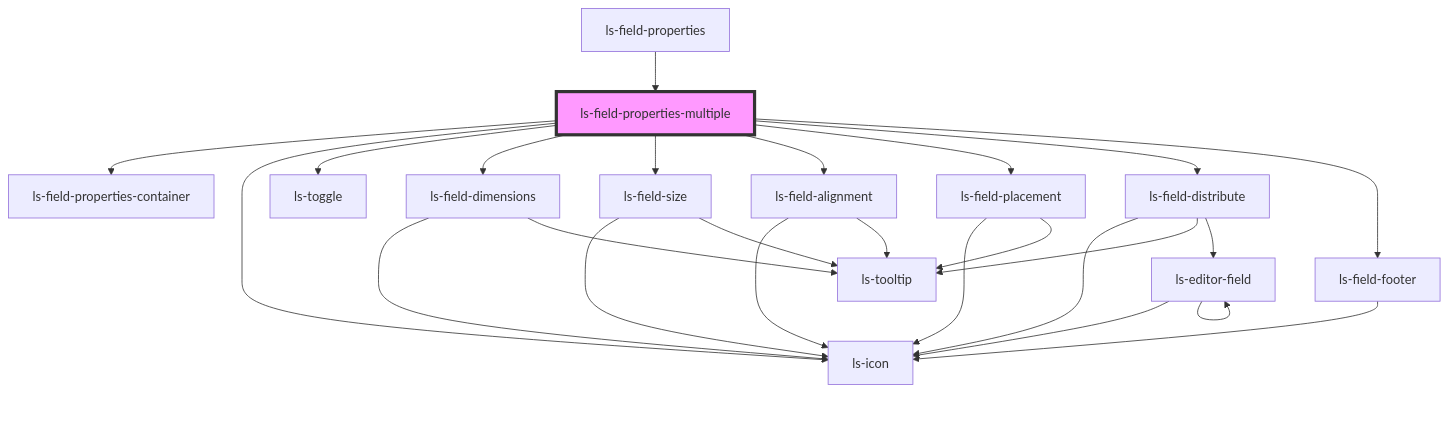
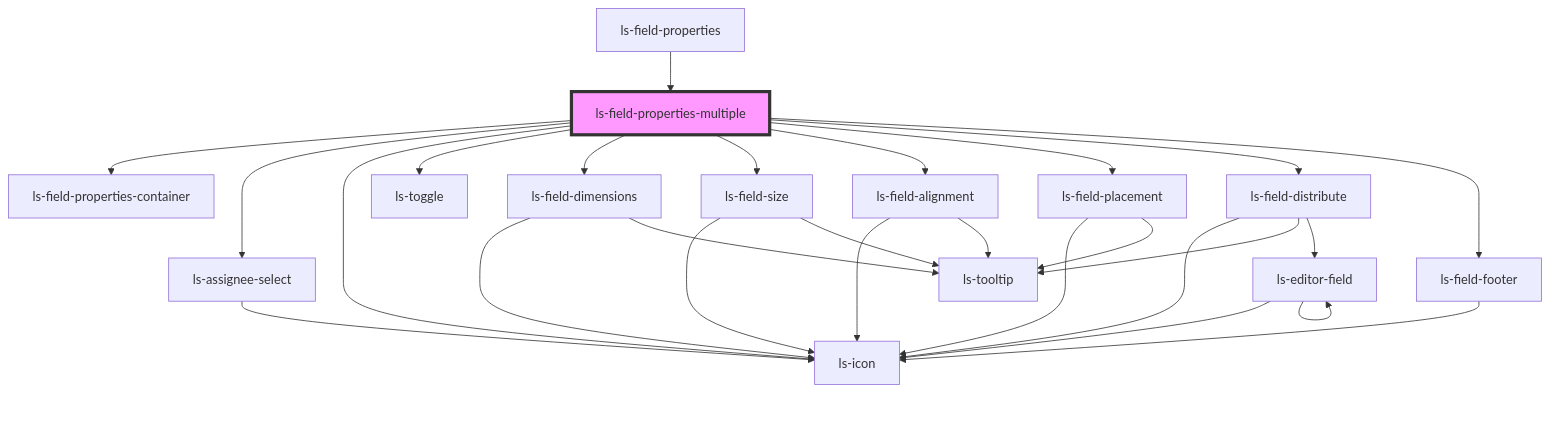
One commit to legalesign/ls-document-viewer changed the diagram in src/components/ls-field-properties-multiple/readme.md. Above: the diagram before and after it, drawn with Mermaid. The commit also changed other lines of this file and 32 other files, not shown here.

````diff
--- a/src/components/ls-field-properties-multiple/readme.md
+++ b/src/components/ls-field-properties-multiple/readme.md
@@ -43,28 +45,30 @@
 ```mermaid
 graph TD;
   ls-field-properties-multiple --> ls-field-properties-container
+  ls-field-properties-multiple --> ls-assignee-select
   ls-field-properties-multiple --> ls-icon
   ls-field-properties-multiple --> ls-toggle
   ls-field-properties-multiple --> ls-field-dimensions
   ls-field-properties-multiple --> ls-field-size
   ls-field-properties-multiple --> ls-field-alignment
   ls-field-properties-multiple --> ls-field-placement
   ls-field-properties-multiple --> ls-field-distribute
   ls-field-properties-multiple --> ls-field-footer
+  ls-assignee-select --> ls-icon
   ls-field-dimensions --> ls-icon
   ls-field-dimensions --> ls-tooltip
   ls-field-size --> ls-icon
   ls-field-size --> ls-tooltip
   ls-field-alignment --> ls-icon
   ls-field-alignment --> ls-tooltip
   ls-field-placement --> ls-icon
   ls-field-placement --> ls-tooltip
   ls-field-distribute --> ls-icon
   ls-field-distribute --> ls-tooltip
   ls-field-distribute --> ls-editor-field
   ls-editor-field --> ls-icon
   ls-editor-field --> ls-editor-field
   ls-field-footer --> ls-icon
   ls-field-properties --> ls-field-properties-multiple
   style ls-field-properties-multiple fill:#f9f,stroke:#333,stroke-width:4px
 ```
````
